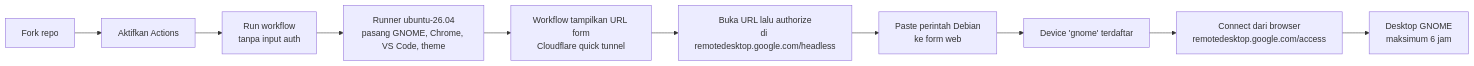
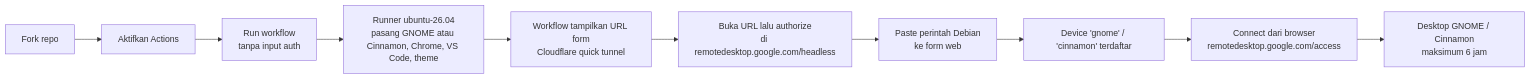
One commit to ArchDityaa/gnome-crd changed the diagram in README.md. Above: the diagram before and after it, drawn with Mermaid. The commit also changed other lines of this file and 7 other files, not shown here.

Commit message:
feat(cinnamon): add Cinnamon 26 workflow for Ubuntu 26.04

````diff
--- a/README.md
+++ b/README.md
@@ -28,12 +28,12 @@
 ```mermaid
 flowchart LR
   A[Fork repo] --> B[Aktifkan Actions]
   B --> C[Run workflow<br/>tanpa input auth]
-  C --> D[Runner ubuntu-26.04<br/>pasang GNOME, Chrome, VS Code, theme]
+  C --> D[Runner ubuntu-26.04<br/>pasang GNOME atau Cinnamon, Chrome, VS Code, theme]
   D --> E[Workflow tampilkan URL form<br/>Cloudflare quick tunnel]
   E --> F[Buka URL lalu authorize<br/>di remotedesktop.google.com/headless]
   F --> G[Paste perintah Debian<br/>ke form web]
-  G --> H[Device 'gnome' terdaftar]
+  G --> H[Device 'gnome' / 'cinnamon' terdaftar]
   H --> I[Connect dari browser<br/>remotedesktop.google.com/access]
-  I --> J[Desktop GNOME<br/>maksimum 6 jam]
+  I --> J[Desktop GNOME / Cinnamon<br/>maksimum 6 jam]
 ```
````
